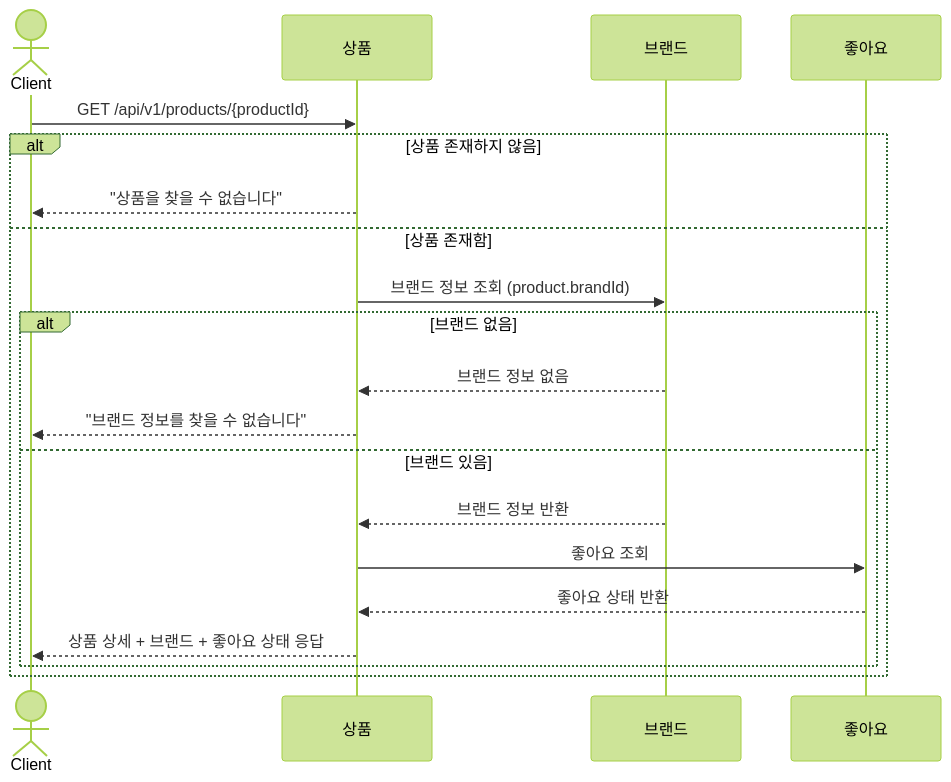
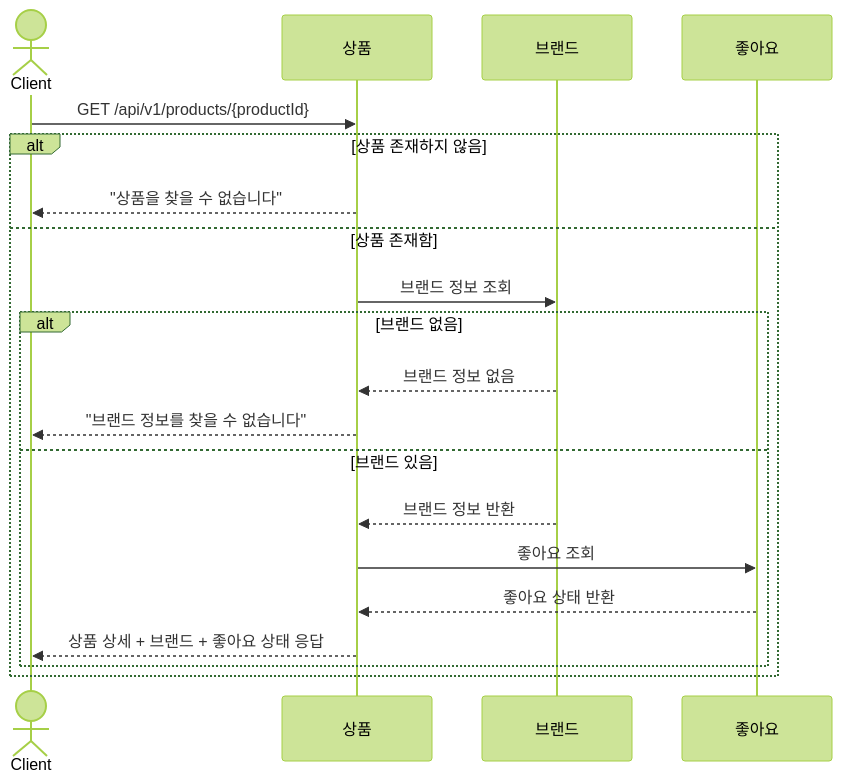
One commit to lutae2000/java-spring-ecommerce-api changed the second of 10 diagrams in docs/design/02-sequence-diagrams.md. Above: the diagram before and after it, drawn with Mermaid (forest theme). The commit also changed other lines of this file and 1 other file, not shown here.

````diff
--- a/docs/design/02-sequence-diagrams.md
+++ b/docs/design/02-sequence-diagrams.md
@@ -48,25 +46,24 @@
 ``` mermaid
 sequenceDiagram
     actor Client
     participant ProductService as 상품
     participant BrandService as 브랜드
     participant LikeService as 좋아요
 
     Client->>ProductService: GET /api/v1/products/{productId}
 
     alt 상품 존재하지 않음
         ProductService-->>Client: "상품을 찾을 수 없습니다"
     else 상품 존재함
-        ProductService->>BrandService: 브랜드 정보 조회 (product.brandId)
-
+        ProductService->>BrandService: 브랜드 정보 조회
         alt 브랜드 없음
             BrandService-->>ProductService: 브랜드 정보 없음
             ProductService-->>Client: "브랜드 정보를 찾을 수 없습니다"
         else 브랜드 있음
             BrandService-->>ProductService: 브랜드 정보 반환
             ProductService->>LikeService: 좋아요 조회
             LikeService-->>ProductService: 좋아요 상태 반환
             ProductService-->>Client: 상품 상세 + 브랜드 + 좋아요 상태 응답
         end
     end
 ```
````
